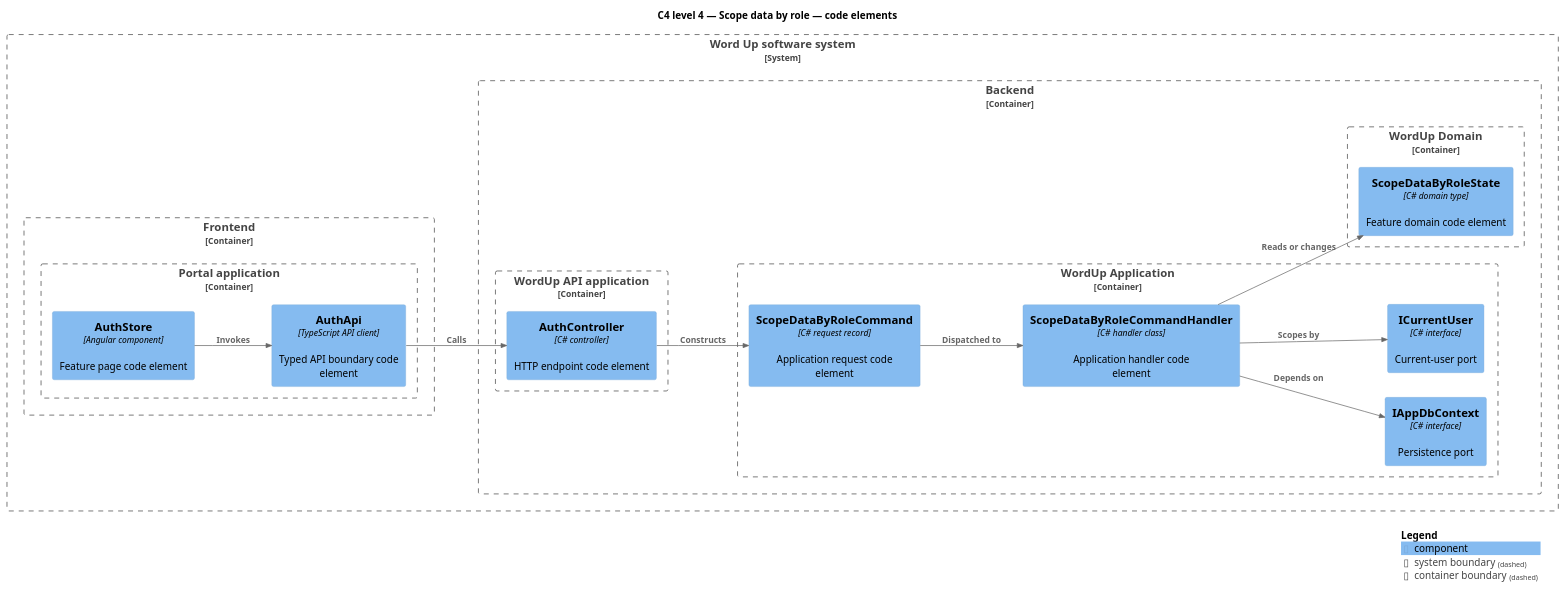
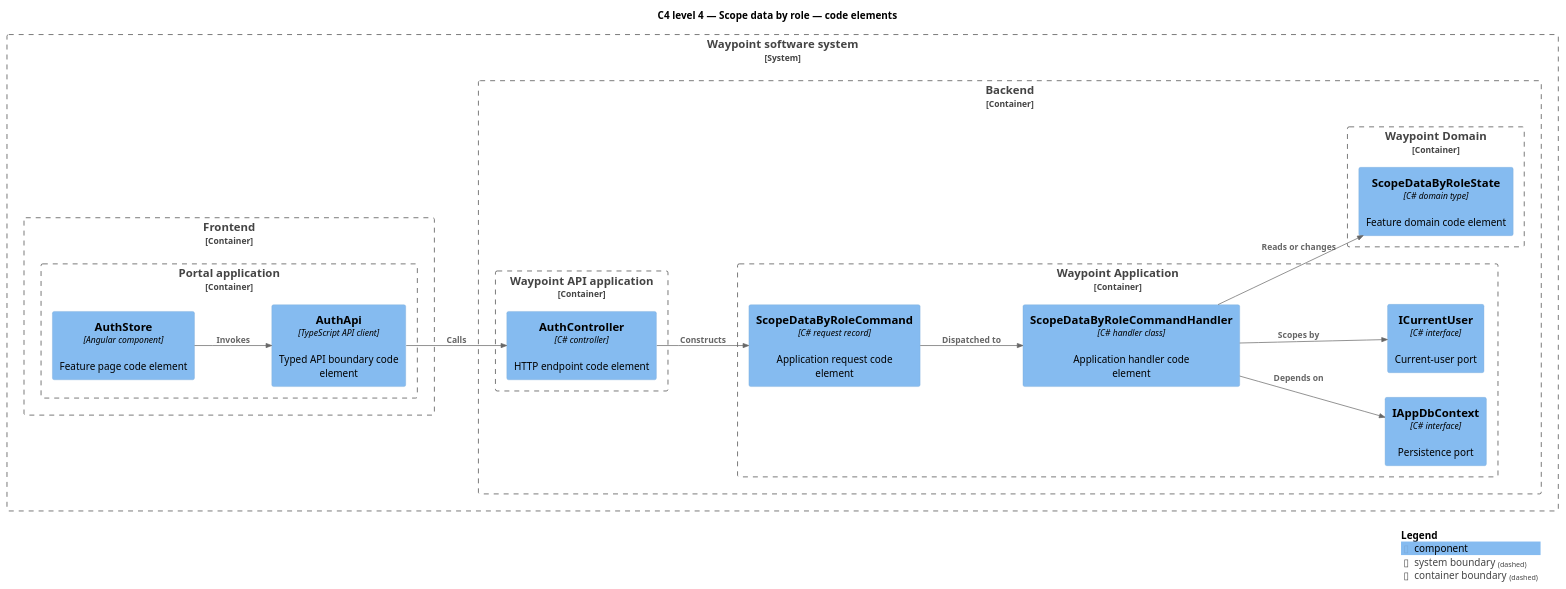
One commit to QuinntyneBrown/waypoint changed the diagram in docs/detailed-designs/authentication/scope-data-by-role/diagrams/c4-code.puml. Above: the diagram before and after it, drawn with PlantUML. The commit also changed 3610 other files, not shown here.

First line of the commit message:
Rename Word Up to Waypoint across the whole repository

```diff
--- a/docs/detailed-designs/authentication/scope-data-by-role/diagrams/c4-code.puml
+++ b/docs/detailed-designs/authentication/scope-data-by-role/diagrams/c4-code.puml
@@ -1,35 +1,35 @@
 @startuml
 !include <C4/C4_Component>
 LAYOUT_LEFT_RIGHT()
 title C4 level 4 — Scope data by role — code elements
-System_Boundary(wordup, "Word Up software system") {
+System_Boundary(waypoint, "Waypoint software system") {
   Container_Boundary(frontend, "Frontend") {
     Container_Boundary(frontend_app, "Portal application") {
       Component(page, "AuthStore", "Angular component", "Feature page code element")
       Component(client, "AuthApi", "TypeScript API client", "Typed API boundary code element")
     }
   }
   Container_Boundary(backend, "Backend") {
-    Container_Boundary(api_app, "WordUp API application") {
+    Container_Boundary(api_app, "Waypoint API application") {
       Component(controller, "AuthController", "C# controller", "HTTP endpoint code element")
     }
-    Container_Boundary(application, "WordUp Application") {
+    Container_Boundary(application, "Waypoint Application") {
       Component(request, "ScopeDataByRoleCommand", "C# request record", "Application request code element")
       Component(handler, "ScopeDataByRoleCommandHandler", "C# handler class", "Application handler code element")
       Component(dbport, "IAppDbContext", "C# interface", "Persistence port")
       Component(current, "ICurrentUser", "C# interface", "Current-user port")
     }
-    Container_Boundary(domain, "WordUp Domain") {
+    Container_Boundary(domain, "Waypoint Domain") {
       Component(entity, "ScopeDataByRoleState", "C# domain type", "Feature domain code element")
     }
   }
 }
 Rel(page, client, "Invokes")
 Rel(client, controller, "Calls")
 Rel(controller, request, "Constructs")
 Rel(request, handler, "Dispatched to")
 Rel(handler, dbport, "Depends on")
 Rel(handler, current, "Scopes by")
 Rel(handler, entity, "Reads or changes")
 SHOW_LEGEND()
 @enduml
```
